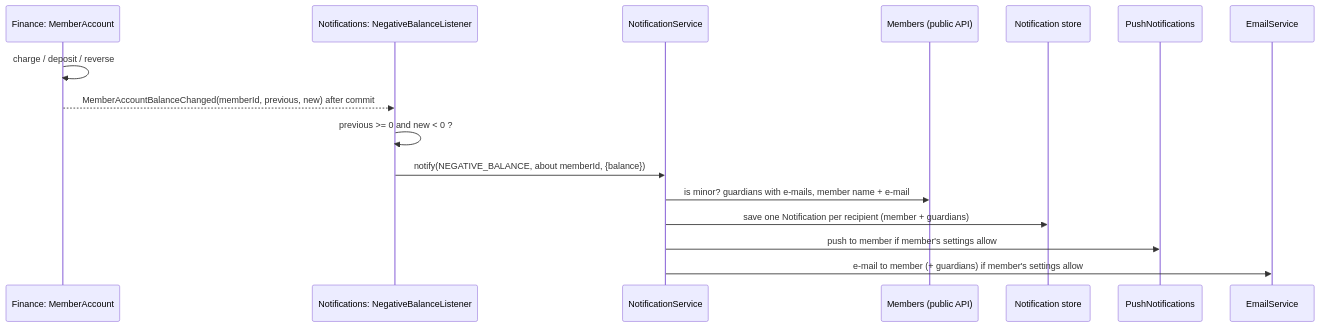
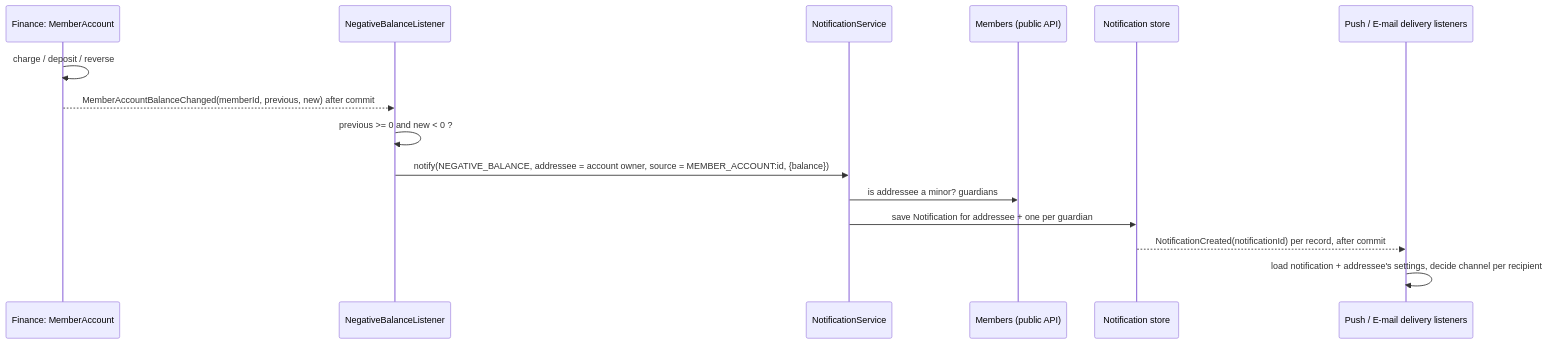
The first of 2 diagrams in openspec/changes/introduce-notification-feed/design.md (zabiny/klabis), drawn with Mermaid before and after one commit. The commit also changed other lines of this file and 4 other files, not shown here.

````diff
--- a/openspec/changes/introduce-notification-feed/design.md
+++ b/openspec/changes/introduce-notification-feed/design.md
@@ -36,18 +38,17 @@
 ```mermaid
 sequenceDiagram
     participant FM as Finance: MemberAccount
-    participant L as Notifications: NegativeBalanceListener
+    participant L as NegativeBalanceListener
     participant S as NotificationService
     participant M as Members (public API)
     participant DB as Notification store
-    participant P as PushNotifications
-    participant E as EmailService
+    participant D as Push / E-mail delivery listeners
     FM->>FM: charge / deposit / reverse
     FM-->>L: MemberAccountBalanceChanged(memberId, previous, new) after commit
     L->>L: previous >= 0 and new < 0 ?
-    L->>S: notify(NEGATIVE_BALANCE, about memberId, {balance})
-    S->>M: is minor? guardians with e-mails, member name + e-mail
-    S->>DB: save one Notification per recipient (member + guardians)
-    S->>P: push to member if member's settings allow
-    S->>E: e-mail to member (+ guardians) if member's settings allow
+    L->>S: notify(NEGATIVE_BALANCE, addressee = account owner, source = MEMBER_ACCOUNT:id, {balance})
+    S->>M: is addressee a minor? guardians
+    S->>DB: save Notification for addressee + one per guardian
+    DB-->>D: NotificationCreated(notificationId) per record, after commit
+    D->>D: load notification + addressee's settings, decide channel per recipient
 ```
````
